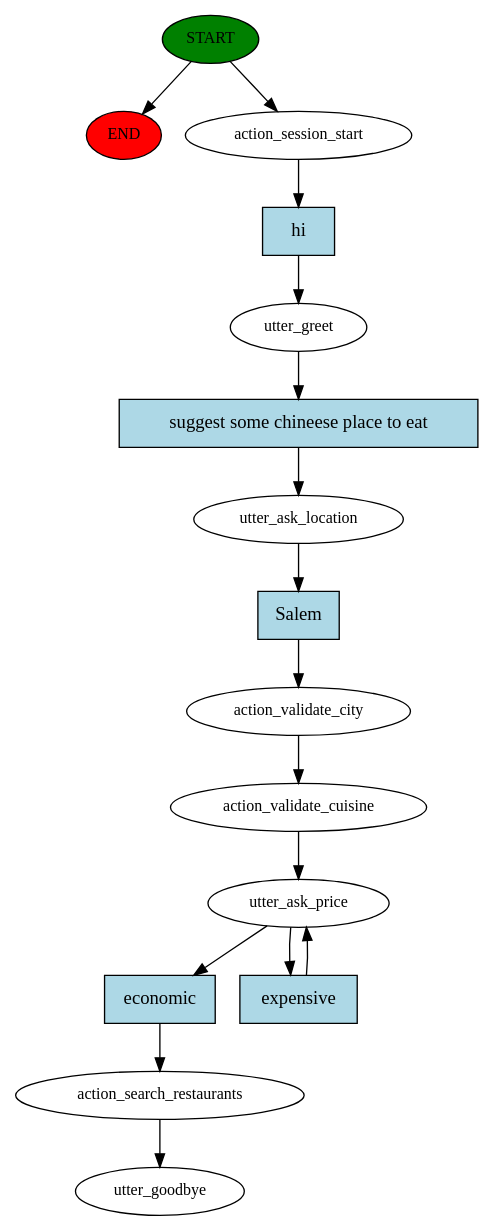
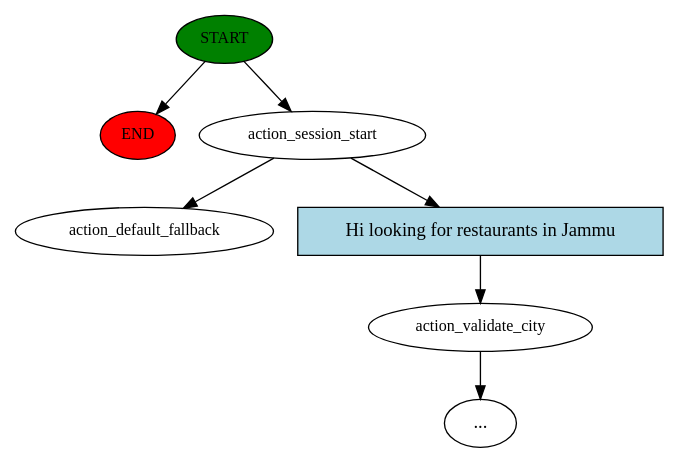
One commit to ashwanikumar04/rasa-chatbot changed the diagram in story_graph.dot. Above: the diagram before and after it, drawn with Graphviz. The commit also changed 5 other files, not shown here.

```diff
--- a/story_graph.dot
+++ b/story_graph.dot
@@ -1,32 +1,15 @@
 digraph  {
 0 [class="start active", fillcolor=green, fontsize=12, label=START, style=filled];
 "-1" [class=end, fillcolor=red, fontsize=12, label=END, style=filled];
 1 [class=active, fontsize=12, label=action_session_start];
-2 [class=active, fontsize=12, label=utter_greet];
-3 [class=active, fontsize=12, label=utter_ask_location];
-4 [class=active, fontsize=12, label=action_validate_city];
-5 [class=active, fontsize=12, label=action_validate_cuisine];
-6 [class=active, fontsize=12, label=utter_ask_price];
-8 [class=active, fontsize=12, label=action_search_restaurants];
-9 [class="dashed active", fontsize=12, label=utter_goodbye];
-10 [class="intent active", fillcolor=lightblue, label=hi, shape=rect, style=filled];
-11 [class="intent active", fillcolor=lightblue, label="suggest some chineese place to eat", shape=rect, style=filled];
-12 [class="intent active", fillcolor=lightblue, label=Salem, shape=rect, style=filled];
-13 [class="intent active", fillcolor=lightblue, label=economic, shape=rect, style=filled];
-14 [class="intent active", fillcolor=lightblue, label=expensive, shape=rect, style=filled];
+2 [class="", fontsize=12, label=action_validate_city];
+"-3" [class=ellipsis, label="..."];
+4 [class="dashed active", fontsize=12, label=action_default_fallback];
+5 [class=intent, fillcolor=lightblue, label="Hi looking for restaurants in Jammu", shape=rect, style=filled];
 0 -> "-1"  [class="", key=NONE, label=""];
 0 -> 1  [class=active, key=NONE, label=""];
-1 -> 10  [class=active, key=0];
-2 -> 11  [class=active, key=0];
-3 -> 12  [class=active, key=0];
-4 -> 5  [class=active, key=NONE, label=""];
-5 -> 6  [class=active, key=NONE, label=""];
-6 -> 13  [class=active, key=0];
-6 -> 14  [class=active, key=0];
-8 -> 9  [class=active, key=NONE, label=""];
-10 -> 2  [class=active, key=0];
-11 -> 3  [class=active, key=0];
-12 -> 4  [class=active, key=0];
-13 -> 8  [class=active, key=0];
-14 -> 6  [class=active, key=0];
+1 -> 4  [class=active, key=NONE, label=""];
+1 -> 5  [class="", key=0];
+2 -> "-3"  [class="", key=NONE, label=""];
+5 -> 2  [class="", key=0];
 }
```
